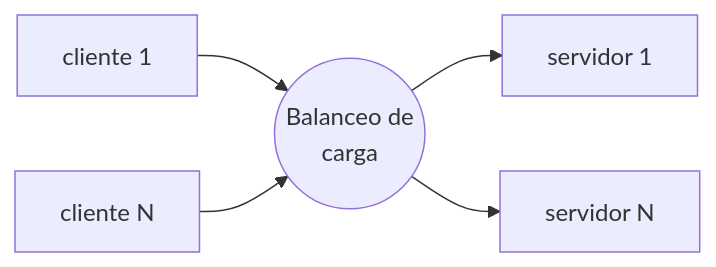
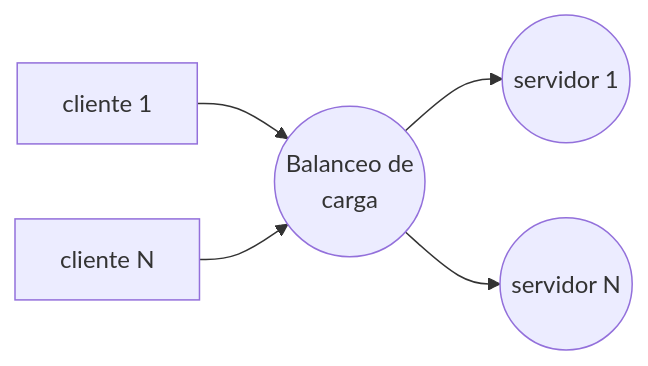
Before and after one commit to Adega318/uni-apuntes: the second of 4 diagrams in 3/3.1/isd/teoríca/isd-service_REST.md, drawn with Mermaid. The commit also changed other lines of this file, not shown here.

````diff
--- a/3/3.1/isd/teoríca/isd-service_REST.md
+++ b/3/3.1/isd/teoríca/isd-service_REST.md
@@ -23,12 +23,12 @@
 ```mermaid
 flowchart LR
 	c1[cliente 1]
 	c2[cliente N]
 	b(("Balanceo de\ncarga"))
-	s1[servidor 1]
-	s2[servidor N]
+	s1((servidor 1))
+	s2((servidor N))
 	c1-->b
 	c2-->b
 	b-->s1
 	b-->s2
 ```
````
